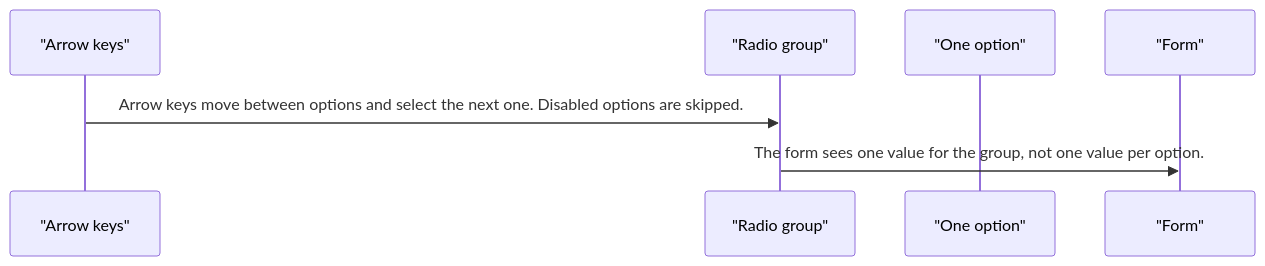
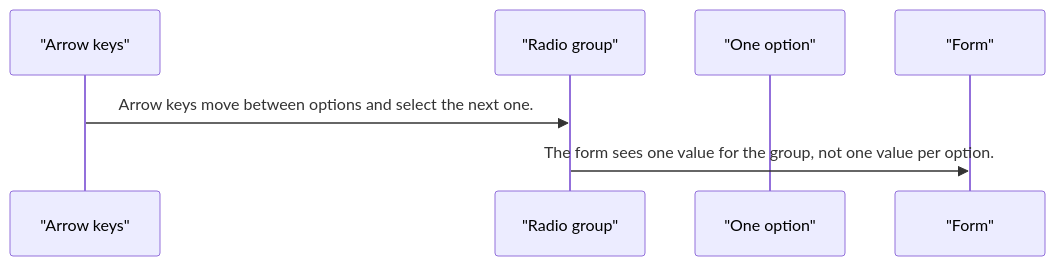
The third of 4 diagrams in projects/pixel-ui/src/lib/pixel-radio/DESIGN.md (RajshekharBorate/pixel-ui), drawn with Mermaid before and after one commit. The commit also changed other lines of this file and 80 other files, not shown here.

Commit message:
Fill missing design flows and correct the stories that did not match component behavior.

````diff
--- a/projects/pixel-ui/src/lib/pixel-radio/DESIGN.md
+++ b/projects/pixel-ui/src/lib/pixel-radio/DESIGN.md
@@ -65,9 +65,9 @@
 ```mermaid
 sequenceDiagram
   participant keys as "Arrow keys"
   participant group as "Radio group"
   participant option as "One option"
   participant form as "Form"
-  keys->>group: Arrow keys move between options and select the next one. Disabled options are skipped.
+  keys->>group: Arrow keys move between options and select the next one.
   group->>form: The form sees one value for the group, not one value per option.
 ```
````
